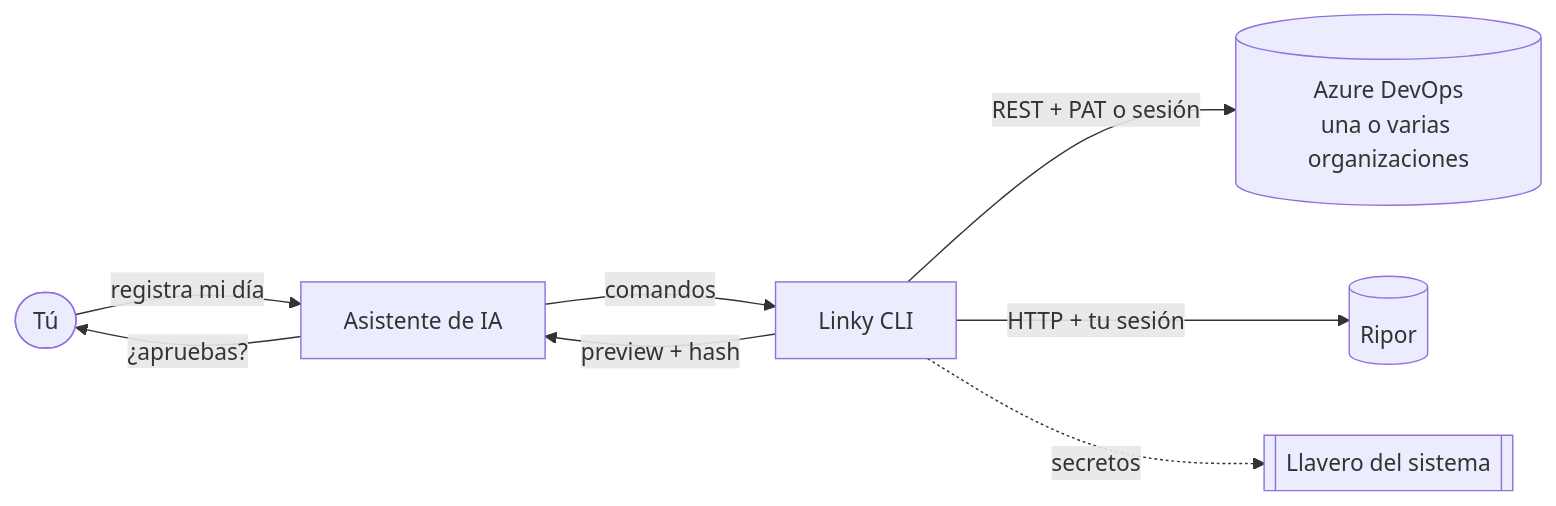
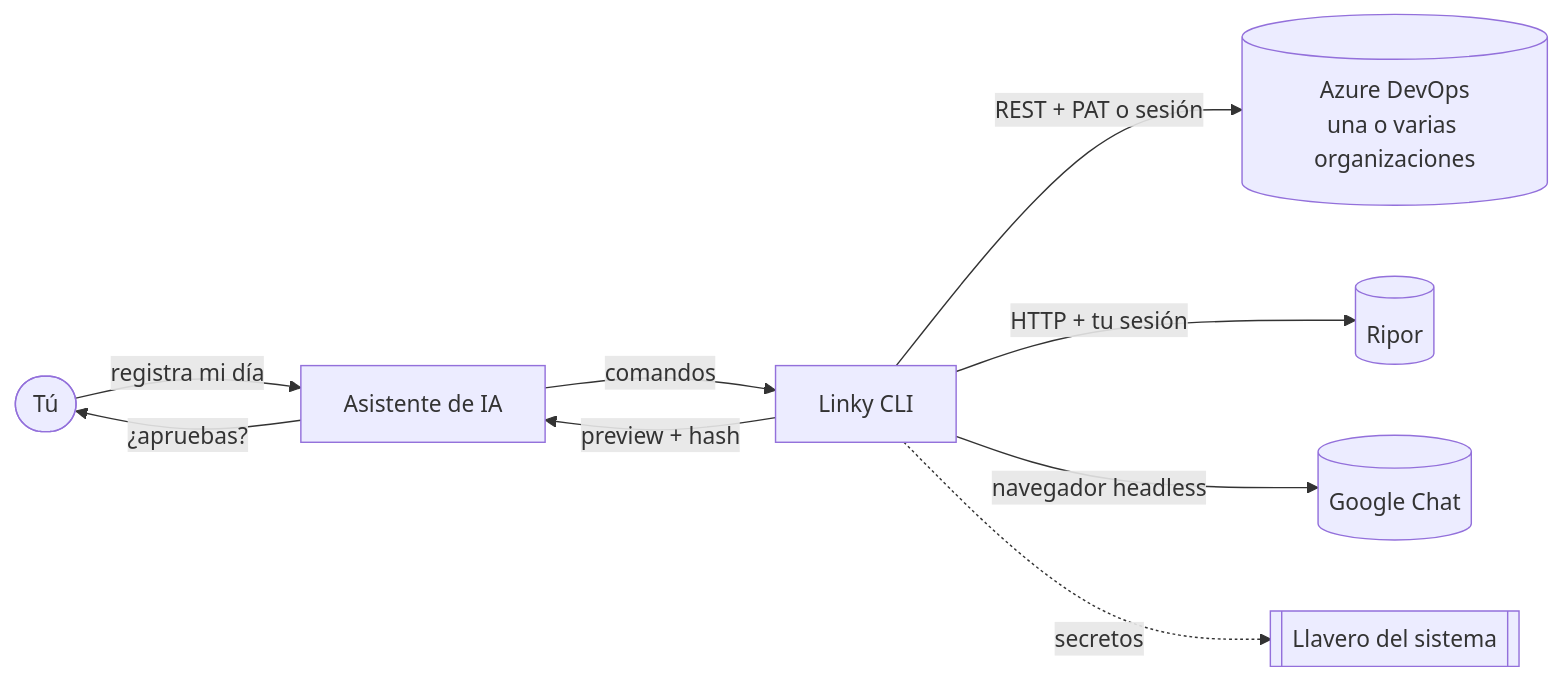
Before and after one commit to ldikay99/linky: the diagram in README.md, drawn with Mermaid. The commit also changed other lines of this file and 13 other files, not shown here.

First line of the commit message:
feat(chat): Google Chat con perfil único de navegador y envío aprobado

````diff
--- a/README.md
+++ b/README.md
@@ -32,10 +33,11 @@
 ```mermaid
 flowchart LR
     P([Tú]) -- "registra mi día" --> IA[Asistente de IA]
     IA -- comandos --> L[Linky CLI]
     L -- "REST + PAT o sesión" --> AZ[(Azure DevOps<br/>una o varias organizaciones)]
     L -- "HTTP + tu sesión" --> R[(Ripor)]
+    L -- "navegador headless" --> GC[(Google Chat)]
     L -. "secretos" .-> K[[Llavero del sistema]]
     L -- "preview + hash" --> IA
     IA -- "¿apruebas?" --> P
 ```
````
